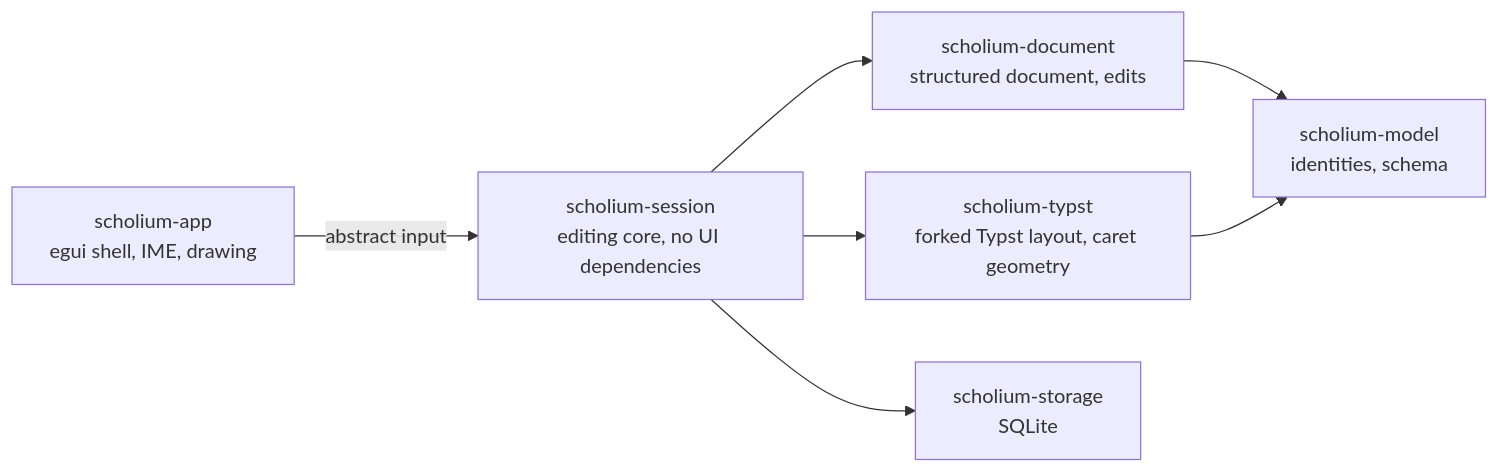
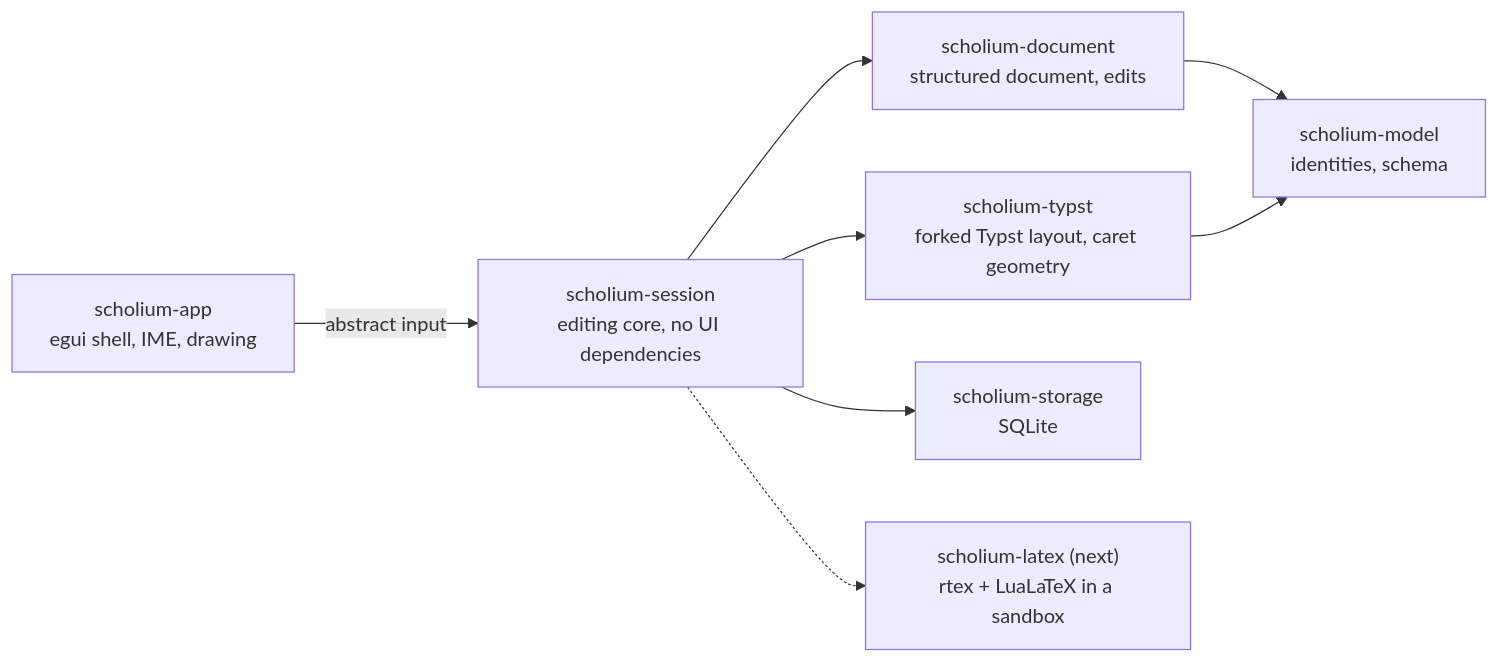
One commit to scholium-app/scholium changed the diagram in README.md. Above: the diagram before and after it, drawn with Mermaid. The commit also changed other lines of this file and 1 other file, not shown here.

````diff
--- a/README.md
+++ b/README.md
@@ -96,9 +132,10 @@
 ```mermaid
 flowchart LR
     UI["scholium-app<br/>egui shell, IME, drawing"] -->|abstract input| S["scholium-session<br/>editing core, no UI dependencies"]
     S --> D["scholium-document<br/>structured document, edits"]
     S --> T["scholium-typst<br/>forked Typst layout, caret geometry"]
     S --> St["scholium-storage<br/>SQLite"]
+    S -.-> L["scholium-latex (next)<br/>rtex + LuaLaTeX in a sandbox"]
     D --> M["scholium-model<br/>identities, schema"]
     T --> M
 ```
````
